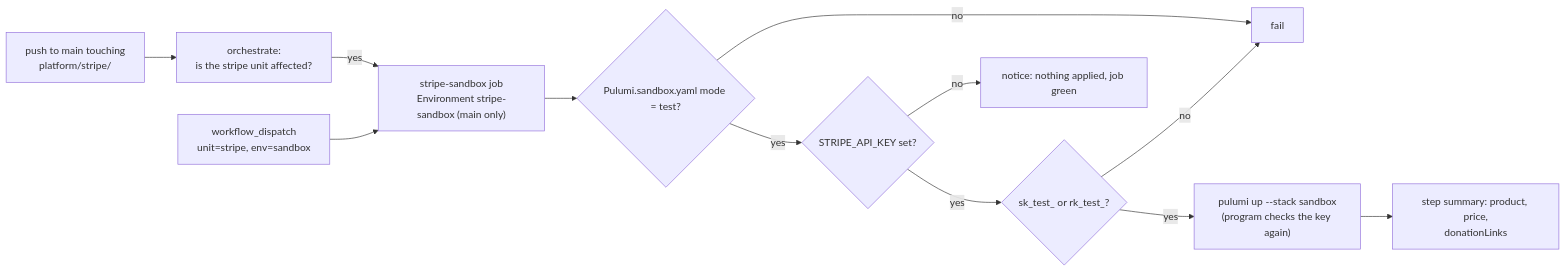
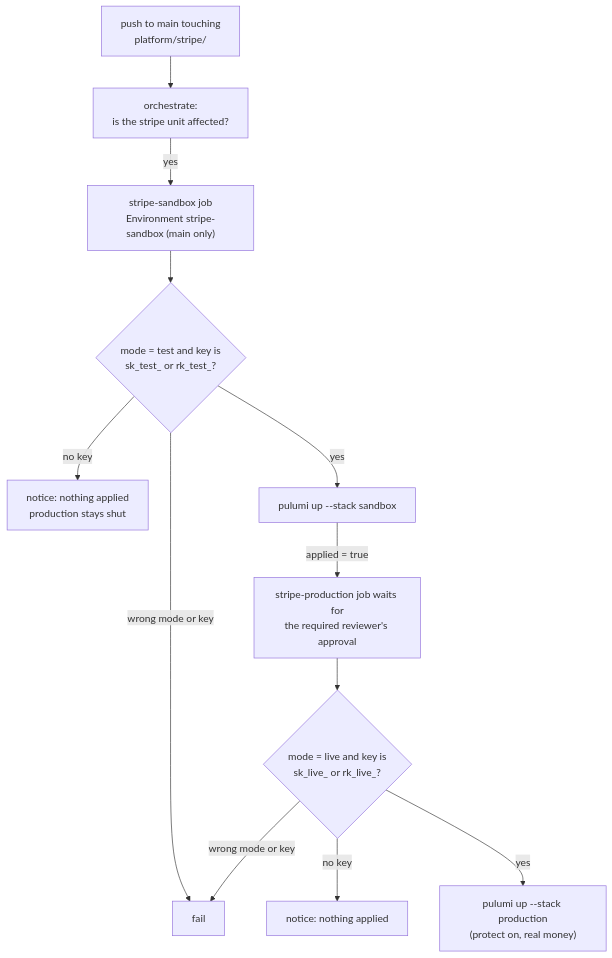
One commit to VitruvianSoftware/vitruvian-core changed the fifth of 5 diagrams in infrastructure/pulumi/platform/stripe/README.md. Above: the diagram before and after it, drawn with Mermaid. The commit also changed other lines of this file and 17 other files, not shown here.

First line of the commit message:
feat(infra): apply Stripe production after the sandbox, behind a reviewer

````diff
--- a/infrastructure/pulumi/platform/stripe/README.md
+++ b/infrastructure/pulumi/platform/stripe/README.md
@@ -182,14 +186,14 @@
 ```mermaid
-flowchart LR
+flowchart TB
   P["push to main touching<br/>platform/stripe/"] --> O["orchestrate:<br/>is the stripe unit affected?"]
-  D["workflow_dispatch<br/>unit=stripe, env=sandbox"] --> J
-  O -->|yes| J["stripe-sandbox job<br/>Environment stripe-sandbox (main only)"]
-  J --> C{"Pulumi.sandbox.yaml mode = test?"}
-  C -- no --> F["fail"]
-  C -- yes --> K{"STRIPE_API_KEY set?"}
-  K -- no --> N["notice: nothing applied, job green"]
-  K -- yes --> T{"sk_test_ or rk_test_?"}
-  T -- no --> F
-  T -- yes --> U["pulumi up --stack sandbox<br/>(program checks the key again)"]
-  U --> S["step summary: product, price,<br/>donationLinks"]
+  O -->|yes| SJ["stripe-sandbox job<br/>Environment stripe-sandbox (main only)"]
+  SJ --> SC{"mode = test and key is<br/>sk_test_ or rk_test_?"}
+  SC -- "wrong mode or key" --> F["fail"]
+  SC -- "no key" --> N["notice: nothing applied<br/>production stays shut"]
+  SC -- yes --> SU["pulumi up --stack sandbox"]
+  SU -->|"applied = true"| A["stripe-production job waits for<br/>the required reviewer's approval"]
+  A --> PC{"mode = live and key is<br/>sk_live_ or rk_live_?"}
+  PC -- "wrong mode or key" --> F
+  PC -- "no key" --> N2["notice: nothing applied"]
+  PC -- yes --> PU["pulumi up --stack production<br/>(protect on, real money)"]
 ```
````
